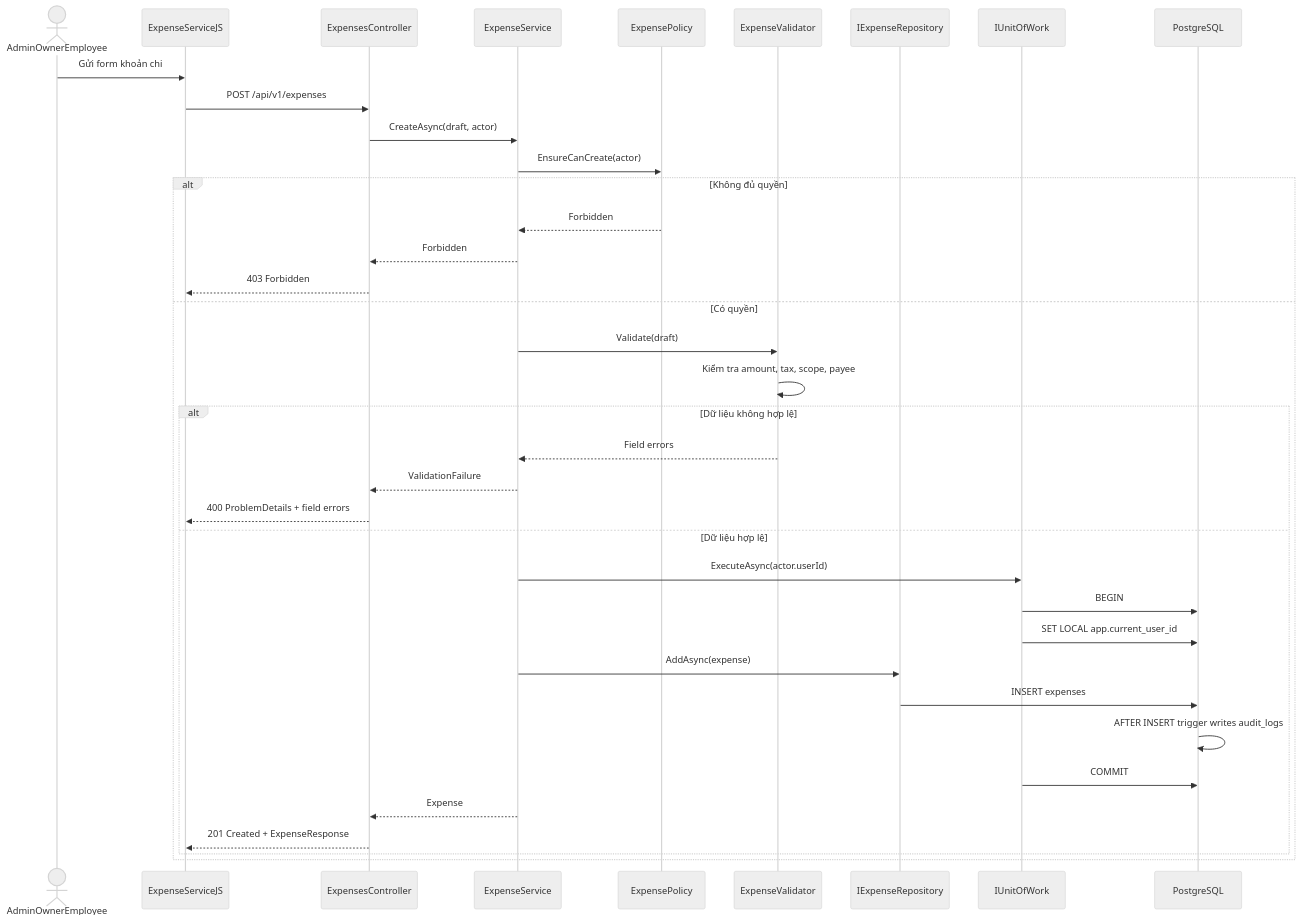
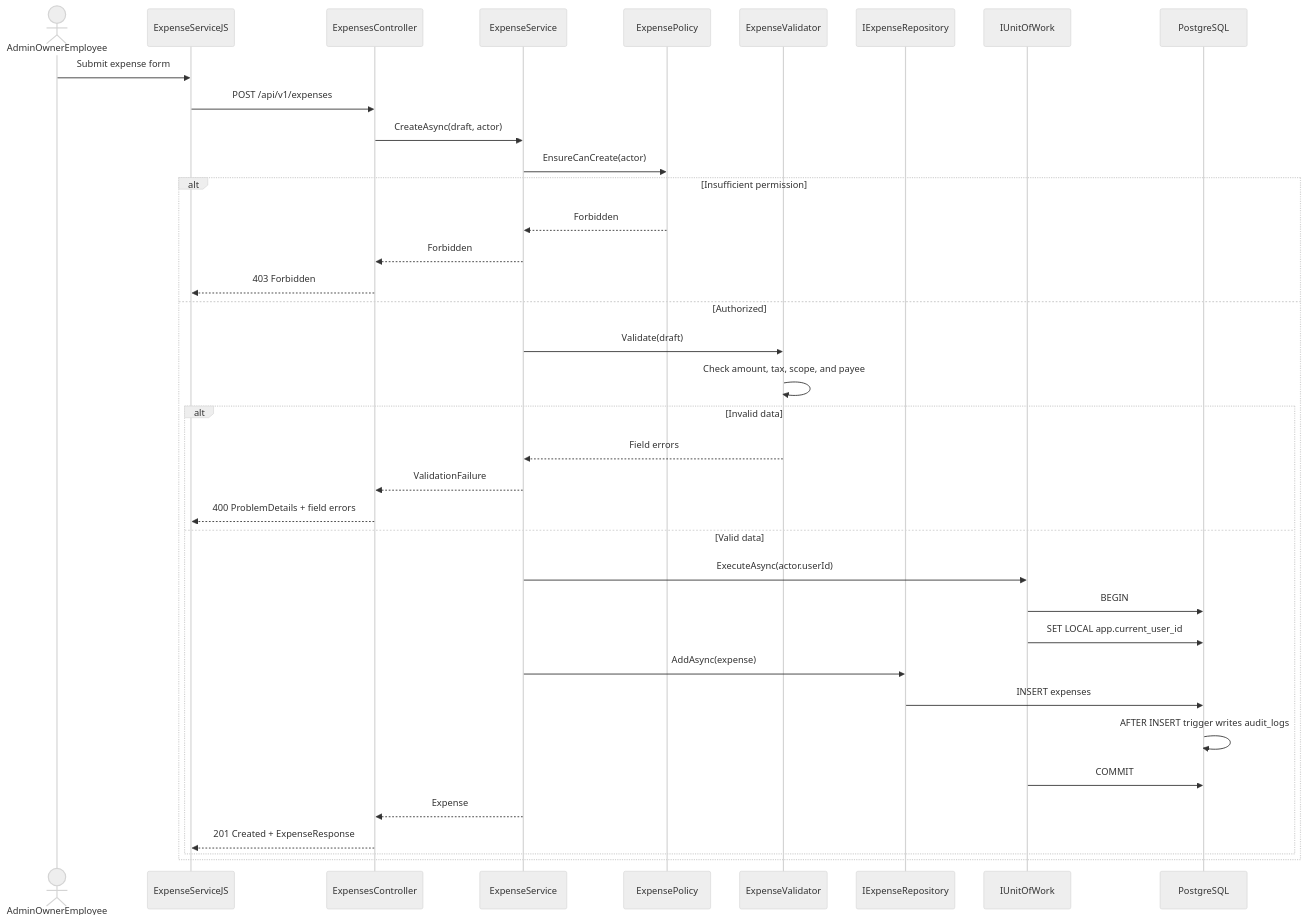
The fourth of 5 diagrams in docs/architecture/uml/02-sequence-diagrams.md (PhamHiep948/finance-manager), drawn with Mermaid (neutral theme) before and after one commit. The commit also changed other lines of this file and 16 other files, not shown here.

````diff
--- a/docs/architecture/uml/02-sequence-diagrams.md
+++ b/docs/architecture/uml/02-sequence-diagrams.md
@@ -168,41 +168,41 @@
 ```mermaid
 sequenceDiagram
     actor User as AdminOwnerEmployee
     participant Web as ExpenseServiceJS
     participant Api as ExpensesController
     participant Service as ExpenseService
     participant Policy as ExpensePolicy
     participant Validator as ExpenseValidator
     participant Repo as IExpenseRepository
     participant Uow as IUnitOfWork
     participant Db as PostgreSQL
 
-    User->>Web: Gửi form khoản chi
+    User->>Web: Submit expense form
     Web->>Api: POST /api/v1/expenses
     Api->>Service: CreateAsync(draft, actor)
     Service->>Policy: EnsureCanCreate(actor)
 
-    alt Không đủ quyền
+    alt Insufficient permission
         Policy-->>Service: Forbidden
         Service-->>Api: Forbidden
         Api-->>Web: 403 Forbidden
-    else Có quyền
+    else Authorized
         Service->>Validator: Validate(draft)
-        Validator->>Validator: Kiểm tra amount, tax, scope, payee
-        alt Dữ liệu không hợp lệ
+        Validator->>Validator: Check amount, tax, scope, and payee
+        alt Invalid data
             Validator-->>Service: Field errors
             Service-->>Api: ValidationFailure
             Api-->>Web: 400 ProblemDetails + field errors
-        else Dữ liệu hợp lệ
+        else Valid data
             Service->>Uow: ExecuteAsync(actor.userId)
             Uow->>Db: BEGIN
             Uow->>Db: SET LOCAL app.current_user_id
             Service->>Repo: AddAsync(expense)
             Repo->>Db: INSERT expenses
             Db->>Db: AFTER INSERT trigger writes audit_logs
             Uow->>Db: COMMIT
             Service-->>Api: Expense
             Api-->>Web: 201 Created + ExpenseResponse
         end
     end
 ```
````
